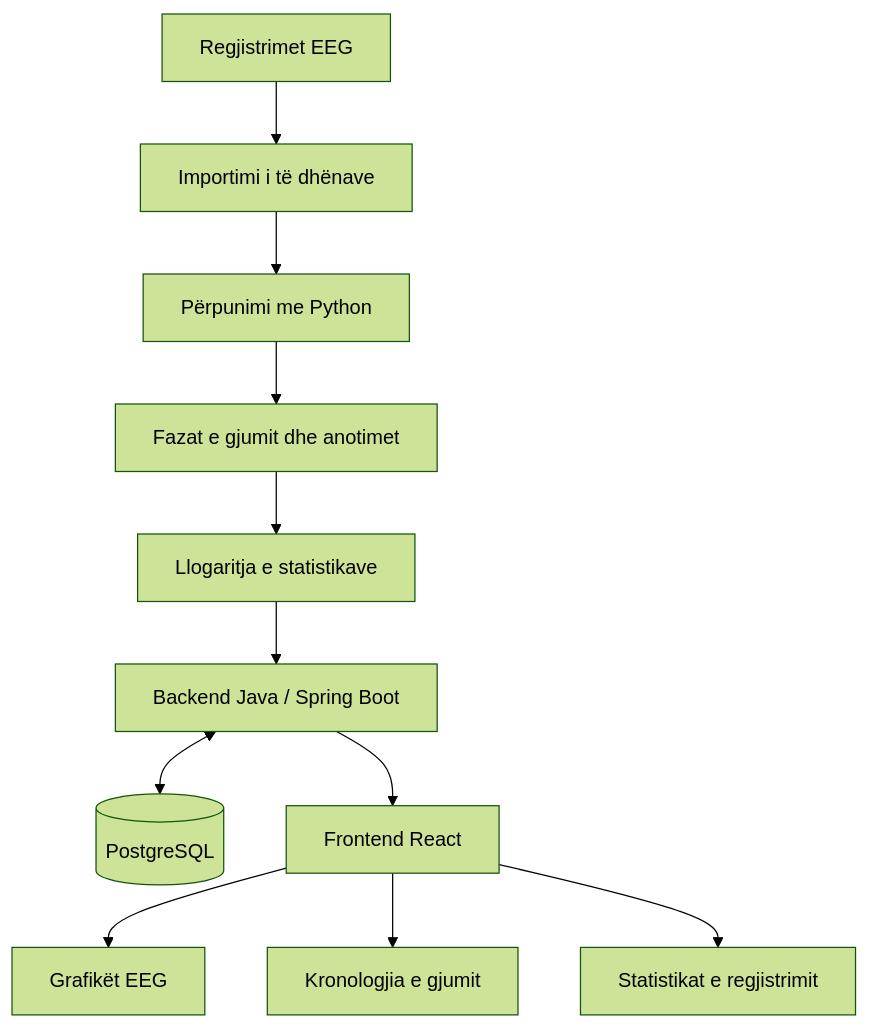
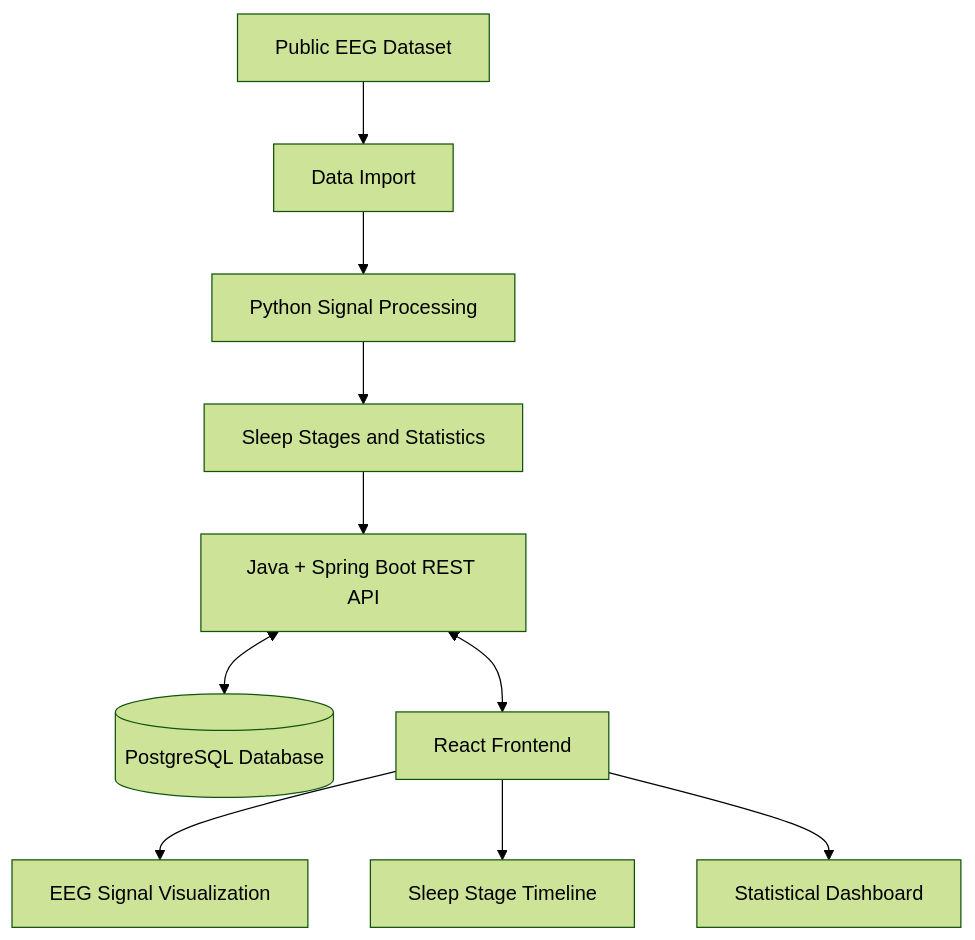
One commit to angelazefi2-eng/DREAMSTATE-Inside-the-sleeping-brain-where-Neuroscience-meets-Software-Engineering changed the first of 2 diagrams in README.md. Above: the diagram before and after it, drawn with Mermaid (forest theme). The commit also changed other lines of this file, not shown here.

````diff
--- a/README.md
+++ b/README.md
@@ -58,13 +71,12 @@
 ```mermaid
 flowchart TD
-    A["Regjistrimet EEG"] --> B["Importimi i të dhënave"]
-    B --> C["Përpunimi me Python"]
-    C --> D["Fazat e gjumit dhe anotimet"]
-    D --> E["Llogaritja e statistikave"]
-    E --> F["Backend Java / Spring Boot"]
-    F <--> G[("PostgreSQL")]
-    F --> H["Frontend React"]
-    H --> I["Grafikët EEG"]
-    H --> J["Kronologjia e gjumit"]
-    H --> K["Statistikat e regjistrimit"]
+    A["Public EEG Dataset"] --> B["Data Import"]
+    B --> C["Python Signal Processing"]
+    C --> D["Sleep Stages and Statistics"]
+    D --> E["Java + Spring Boot REST API"]
+    E <--> F[("PostgreSQL Database")]
+    E <--> G["React Frontend"]
+    G --> H["EEG Signal Visualization"]
+    G --> I["Sleep Stage Timeline"]
+    G --> J["Statistical Dashboard"]
 ```
````
